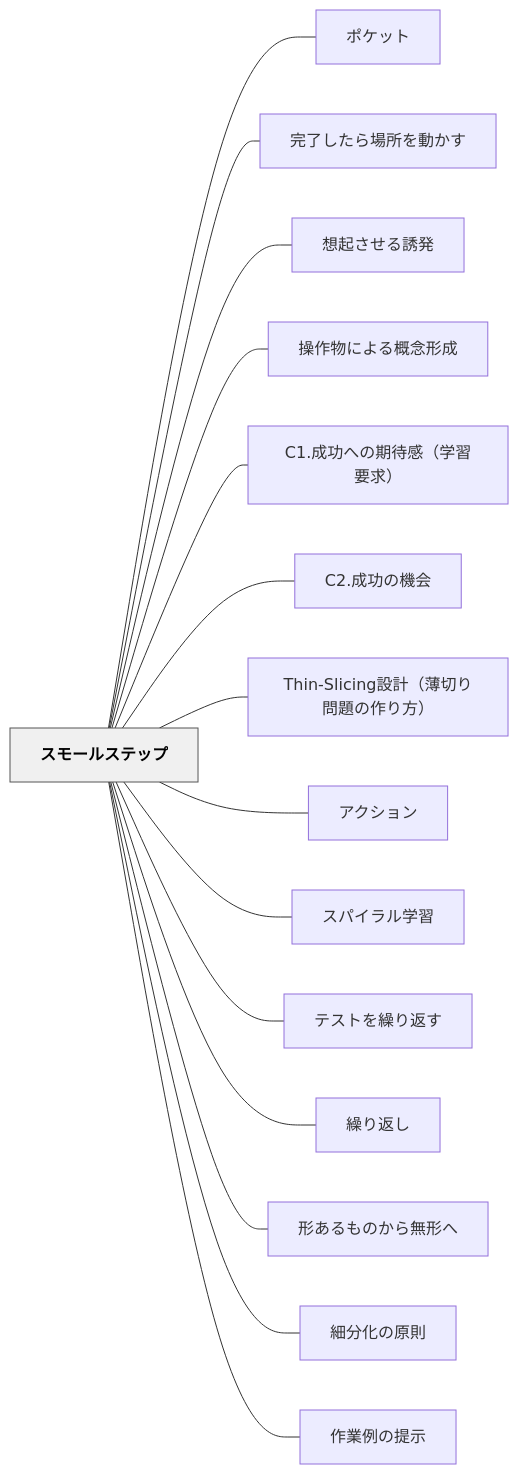
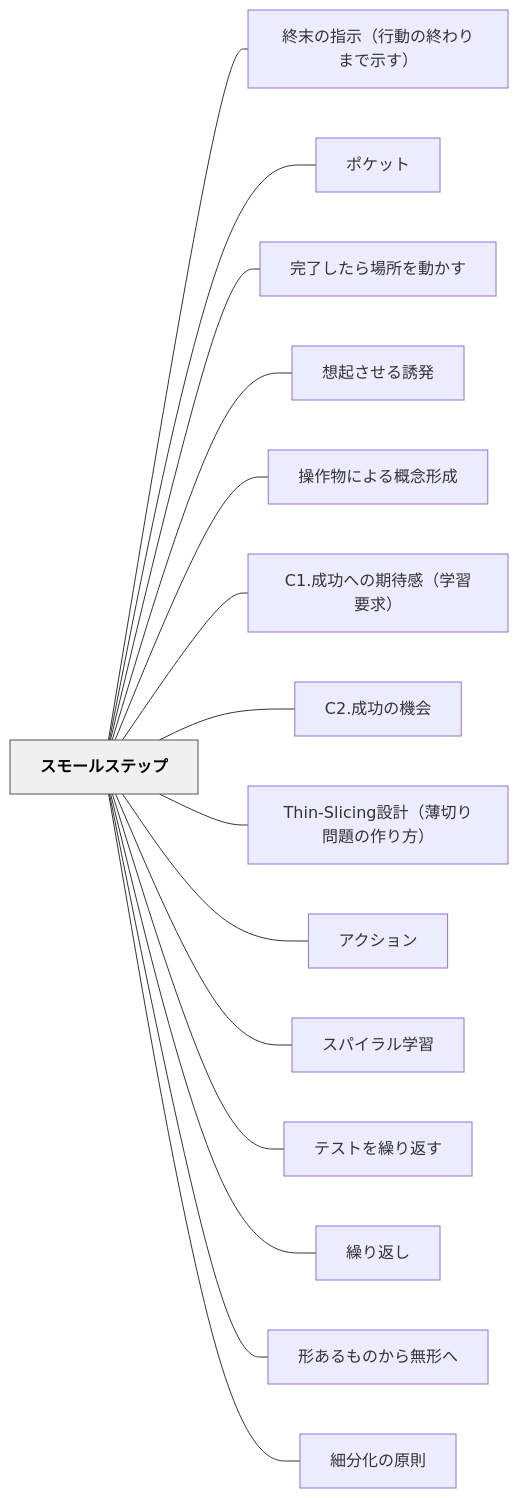
The diagram in content/パタン/スモールステップ.md (unknownthings-ed-patterns/unknownthings-ed-patterns), drawn with Mermaid before and after one commit. The commit also changed other lines of this file and 20 other files, not shown here.

````diff
--- a/content/パタン/スモールステップ.md
+++ b/content/パタン/スモールステップ.md
@@ -73,36 +73,36 @@
 ```mermaid
 flowchart LR
     ne382b9e383a2e383bce383abe382b9e38386e38383e38397["スモールステップ"]
+    ne7b582e69cabe381aee68c87e7a4baefbc88e8a18ce58b95e381aee7b582e3828fe3828ae381bee381a7e7a4bae38199efbc89["終末の指示（行動の終わりまで示す）"]
     ne3839de382b1e38383e38388["ポケット"]
     ne5ae8ce4ba86e38197e3819fe38289e5a0b4e68980e38292e58b95e3818be38199["完了したら場所を動かす"]
     ne683b3e8b5b7e38195e3819be3828be8aa98e799ba["想起させる誘発"]
     ne6938de4bd9ce789a9e381abe38288e3828be6a682e5bfb5e5bda2e68890["操作物による概念形成"]
     n43312ee68890e58a9fe381b8e381aee69c9fe5be85e6849fefbc88e5ada6e7bf92e8a681e6b182efbc89["C1.成功への期待感（学習要求）"]
     n43322ee68890e58a9fe381aee6a99fe4bc9a["C2.成功の機会"]
     n5468696e2d536c6963696e67e8a8ade8a888efbc88e89684e58887e3828ae5958fe9a18ce381aee4bd9ce3828ae696b9efbc89["Thin-Slicing設計（薄切り問題の作り方）"]
     ne382a2e382afe382b7e383a7e383b3["アクション"]
     ne382b9e38391e382a4e383a9e383abe5ada6e7bf92["スパイラル学習"]
     ne38386e382b9e38388e38292e7b9b0e3828ae8bf94e38199["テストを繰り返す"]
     ne7b9b0e3828ae8bf94e38197["繰り返し"]
     ne5bda2e38182e3828be38282e381aee3818be38289e784a1e5bda2e381b8["形あるものから無形へ"]
     ne7b4b0e58886e58c96e381aee58e9fe58987["細分化の原則"]
-    ne4bd9ce6a5ade4be8be381aee68f90e7a4ba["作業例の提示"]
 
+    ne382b9e383a2e383bce383abe382b9e38386e38383e38397 --- ne7b582e69cabe381aee68c87e7a4baefbc88e8a18ce58b95e381aee7b582e3828fe3828ae381bee381a7e7a4bae38199efbc89
     ne382b9e383a2e383bce383abe382b9e38386e38383e38397 --- ne3839de382b1e38383e38388
     ne382b9e383a2e383bce383abe382b9e38386e38383e38397 --- ne5ae8ce4ba86e38197e3819fe38289e5a0b4e68980e38292e58b95e3818be38199
     ne382b9e383a2e383bce383abe382b9e38386e38383e38397 --- ne683b3e8b5b7e38195e3819be3828be8aa98e799ba
     ne382b9e383a2e383bce383abe382b9e38386e38383e38397 --- ne6938de4bd9ce789a9e381abe38288e3828be6a682e5bfb5e5bda2e68890
     ne382b9e383a2e383bce383abe382b9e38386e38383e38397 --- n43312ee68890e58a9fe381b8e381aee69c9fe5be85e6849fefbc88e5ada6e7bf92e8a681e6b182efbc89
     ne382b9e383a2e383bce383abe382b9e38386e38383e38397 --- n43322ee68890e58a9fe381aee6a99fe4bc9a
     ne382b9e383a2e383bce383abe382b9e38386e38383e38397 --- n5468696e2d536c6963696e67e8a8ade8a888efbc88e89684e58887e3828ae5958fe9a18ce381aee4bd9ce3828ae696b9efbc89
     ne382b9e383a2e383bce383abe382b9e38386e38383e38397 --- ne382a2e382afe382b7e383a7e383b3
     ne382b9e383a2e383bce383abe382b9e38386e38383e38397 --- ne382b9e38391e382a4e383a9e383abe5ada6e7bf92
     ne382b9e383a2e383bce383abe382b9e38386e38383e38397 --- ne38386e382b9e38388e38292e7b9b0e3828ae8bf94e38199
     ne382b9e383a2e383bce383abe382b9e38386e38383e38397 --- ne7b9b0e3828ae8bf94e38197
     ne382b9e383a2e383bce383abe382b9e38386e38383e38397 --- ne5bda2e38182e3828be38282e381aee3818be38289e784a1e5bda2e381b8
     ne382b9e383a2e383bce383abe382b9e38386e38383e38397 --- ne7b4b0e58886e58c96e381aee58e9fe58987
-    ne382b9e383a2e383bce383abe382b9e38386e38383e38397 --- ne4bd9ce6a5ade4be8be381aee68f90e7a4ba
 
     classDef hub fill:#f0f0f0,stroke:#555,color:#000,font-weight:bold
     class ne382b9e383a2e383bce383abe382b9e38386e38383e38397 hub
 ```
````
